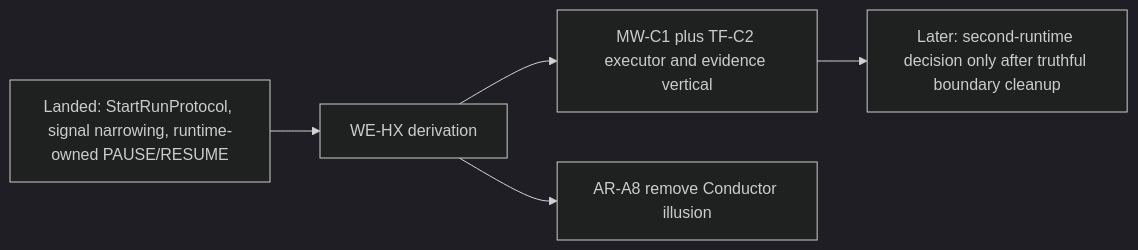
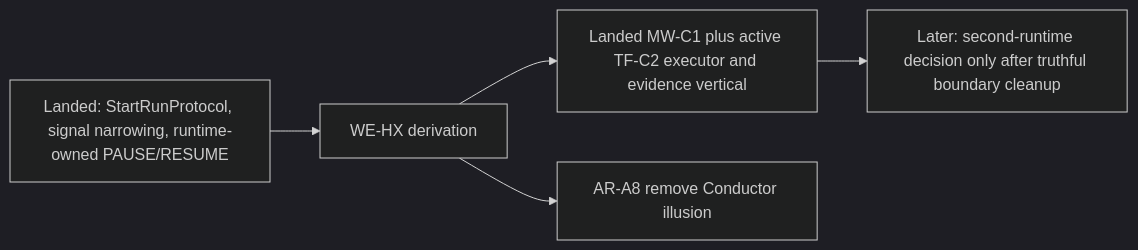
The first of 2 diagrams in docs/architecture/components/engine/roadmap/engine-phases.md (dunay2/dvt), drawn with Mermaid (dark theme) before and after one commit. The commit also changed other lines of this file and 16 other files, not shown here.

````diff
--- a/docs/architecture/components/engine/roadmap/engine-phases.md
+++ b/docs/architecture/components/engine/roadmap/engine-phases.md
@@ -57,7 +57,7 @@
 ```mermaid
 flowchart LR
   Landed["Landed: StartRunProtocol, signal narrowing, runtime-owned PAUSE/RESUME"] --> Hex["WE-HX derivation"]
-  Hex --> Runtime["MW-C1 plus TF-C2 executor and evidence vertical"]
+  Hex --> Runtime["Landed MW-C1 plus active TF-C2 executor and evidence vertical"]
   Hex --> Cleanup["AR-A8 remove Conductor illusion"]
   Runtime --> Later["Later: second-runtime decision only after truthful boundary cleanup"]
 ```
````
